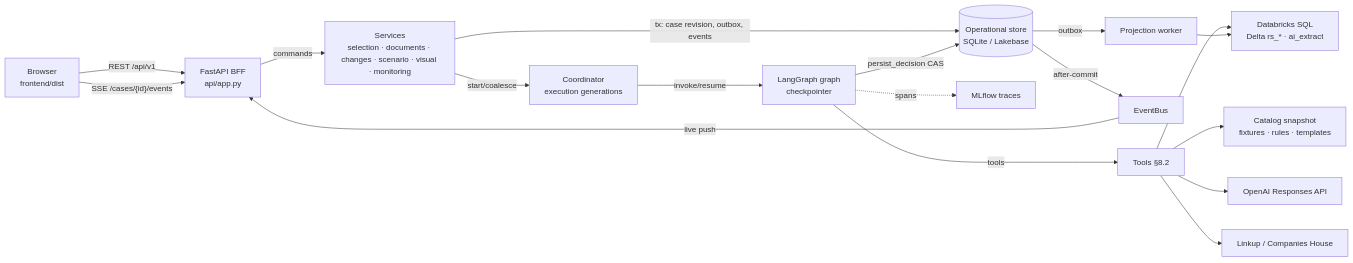
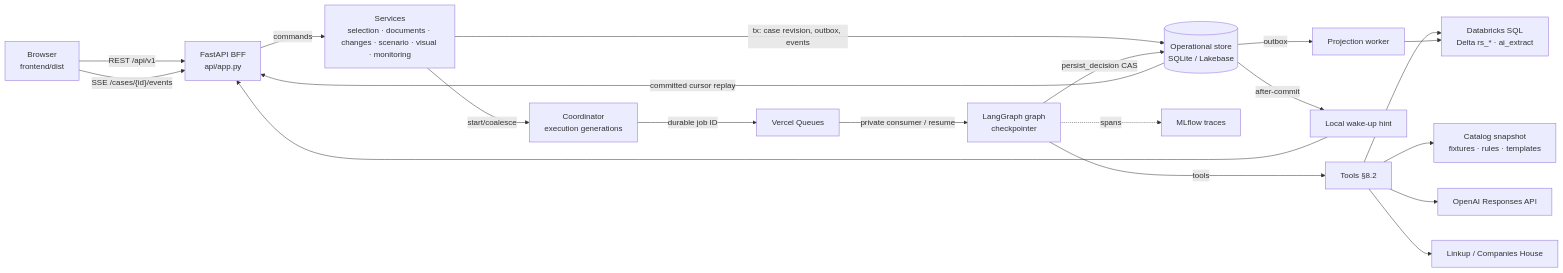
One commit to Borbezzz/Re-Source changed the first of 4 diagrams in architecture.md. Above: the diagram before and after it, drawn with Mermaid. The commit also changed other lines of this file and 7 other files, not shown here.

````diff
--- a/architecture.md
+++ b/architecture.md
@@ -27,18 +27,20 @@
 ```mermaid
 flowchart LR
   B[Browser<br/>frontend/dist] -- REST /api/v1 --> API[FastAPI BFF<br/>api/app.py]
   B -- SSE /cases/{id}/events --> API
   API -- commands --> SVC[Services<br/>selection · documents · changes · scenario · visual · monitoring]
   SVC -- tx: case revision, outbox, events --> OPS[(Operational store<br/>SQLite / Lakebase)]
   SVC -- start/coalesce --> CO[Coordinator<br/>execution generations]
-  CO -- invoke/resume --> G[LangGraph graph<br/>checkpointer]
+  CO -- durable job ID --> Q[Vercel Queues]
+  Q -- private consumer / resume --> G[LangGraph graph<br/>checkpointer]
   G -- tools --> T[Tools §8.2]
   T --> CAT[Catalog snapshot<br/>fixtures · rules · templates]
   T --> DBX[Databricks SQL<br/>Delta rs_* · ai_extract]
   T --> OAI[OpenAI Responses API]
   T --> LK[Linkup / Companies House]
   G -- persist_decision CAS --> OPS
-  OPS -- after-commit --> BUS[EventBus] -- live push --> API
+  OPS -- committed cursor replay --> API
+  OPS -- after-commit --> BUS[Local wake-up hint] --> API
   OPS -- outbox --> PROJ[Projection worker] --> DBX
   G -. spans .-> ML[MLflow traces]
 ```
````
